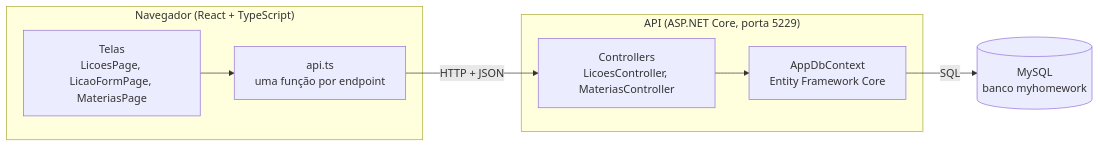
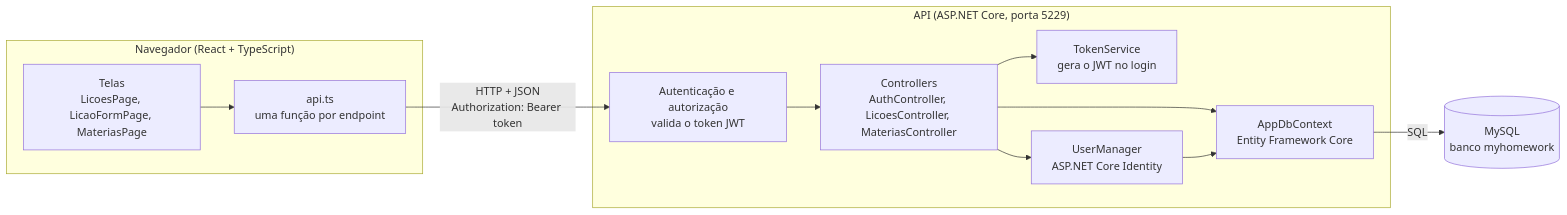
The first of 2 diagrams in README.md (bfabbio90/Licao-em-Dia), drawn with Mermaid before and after one commit. The commit also changed other lines of this file, not shown here.

````diff
--- a/README.md
+++ b/README.md
@@ -63,19 +79,26 @@
 ```mermaid
 flowchart LR
     subgraph Navegador["Navegador (React + TypeScript)"]
         Telas["Telas<br/>LicoesPage, LicaoFormPage, MateriasPage"]
         Api["api.ts<br/>uma função por endpoint"]
         Telas --> Api
     end
 
     subgraph Servidor["API (ASP.NET Core, porta 5229)"]
-        Controllers["Controllers<br/>LicoesController, MateriasController"]
+        Auth["Autenticação e autorização<br/>valida o token JWT"]
+        Controllers["Controllers<br/>AuthController, LicoesController, MateriasController"]
+        Token["TokenService<br/>gera o JWT no login"]
+        Identity["UserManager<br/>ASP.NET Core Identity"]
         Contexto["AppDbContext<br/>Entity Framework Core"]
+        Auth --> Controllers
+        Controllers --> Token
+        Controllers --> Identity
         Controllers --> Contexto
+        Identity --> Contexto
     end
 
     Banco[("MySQL<br/>banco myhomework")]
 
-    Api -- "HTTP + JSON" --> Controllers
+    Api -- "HTTP + JSON<br/>Authorization: Bearer token" --> Auth
     Contexto -- "SQL" --> Banco
 ```
````
